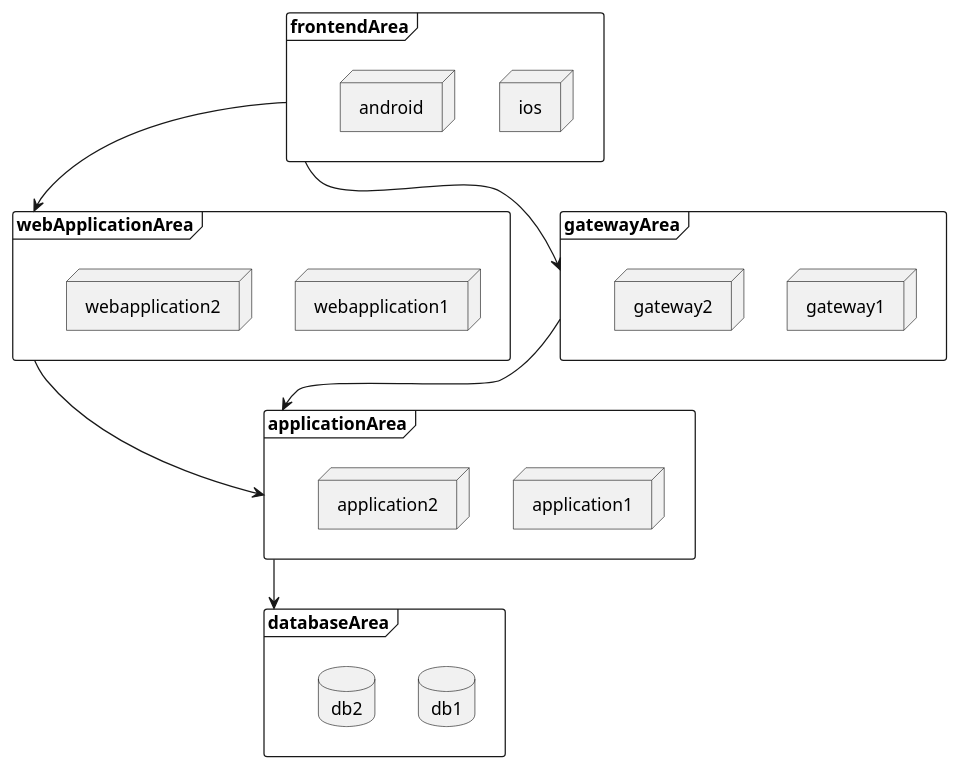
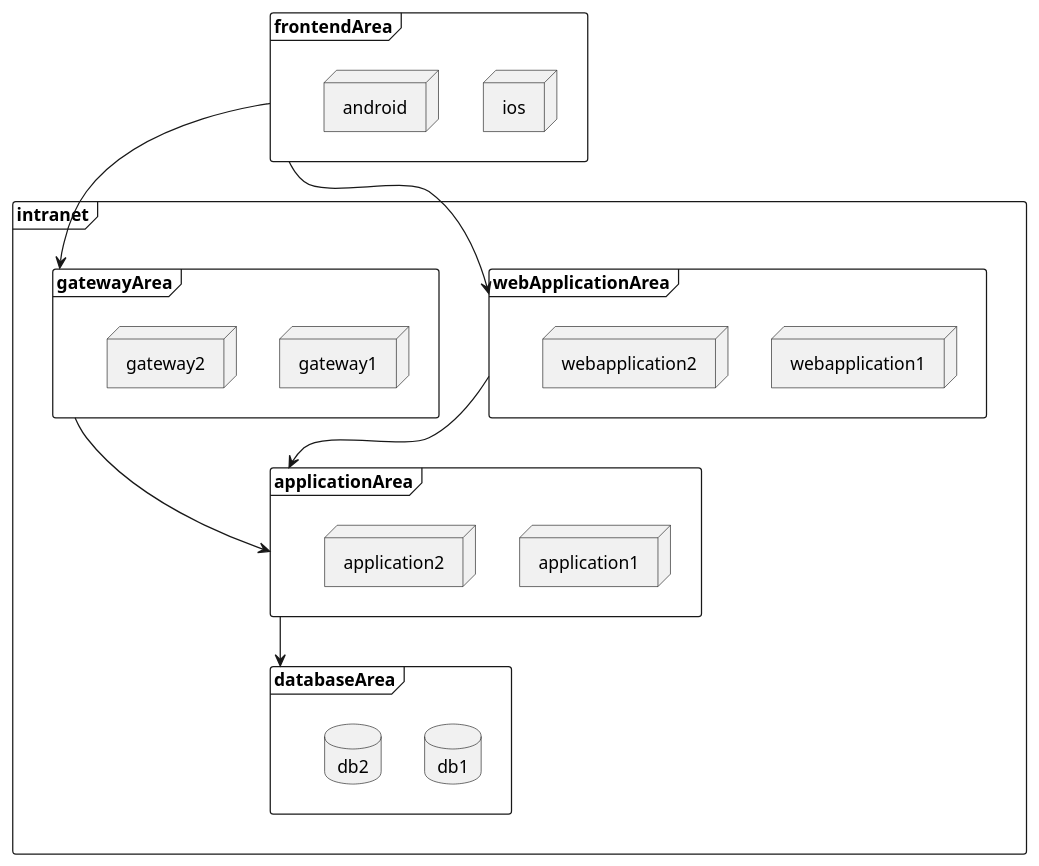
Before and after one commit to Wang-Ray/Wang-Ray.github.io: the diagram in assets/plantuml/deploy.md, drawn with PlantUML. The commit also changed 1 other file, not shown here.

Commit message:
add intranet

````diff
--- a/assets/plantuml/deploy.md
+++ b/assets/plantuml/deploy.md
@@ -1,30 +1,32 @@
 ```plantuml
 @startuml
 frame frontendArea {
     node ios
     node android
 }
-frame webApplicationArea {
-    node webapplication1
-    node webapplication2
-}
-frame gatewayArea {
-    node gateway1
-    node gateway2
-}
-frame applicationArea {
-    node application1
-    node application2
-}
-frame databaseArea {
-    database db1
-    database db2
+frame intranet {
+    frame webApplicationArea {
+        node webapplication1
+        node webapplication2
+    }
+    frame gatewayArea {
+        node gateway1
+        node gateway2
+    }
+    frame applicationArea {
+        node application1
+        node application2
+    }
+    frame databaseArea {
+        database db1
+        database db2
+    }
 }
 
 frontendArea --> webApplicationArea
 frontendArea --> gatewayArea
 webApplicationArea --> applicationArea
 gatewayArea --> applicationArea
 applicationArea --> databaseArea
 @enduml
 ```
````
